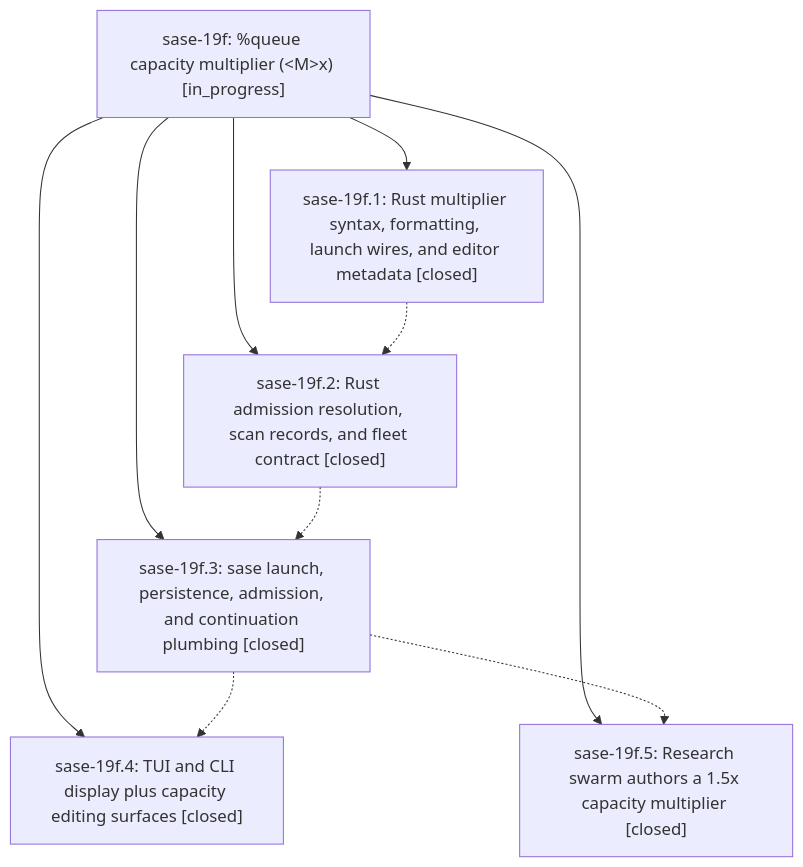
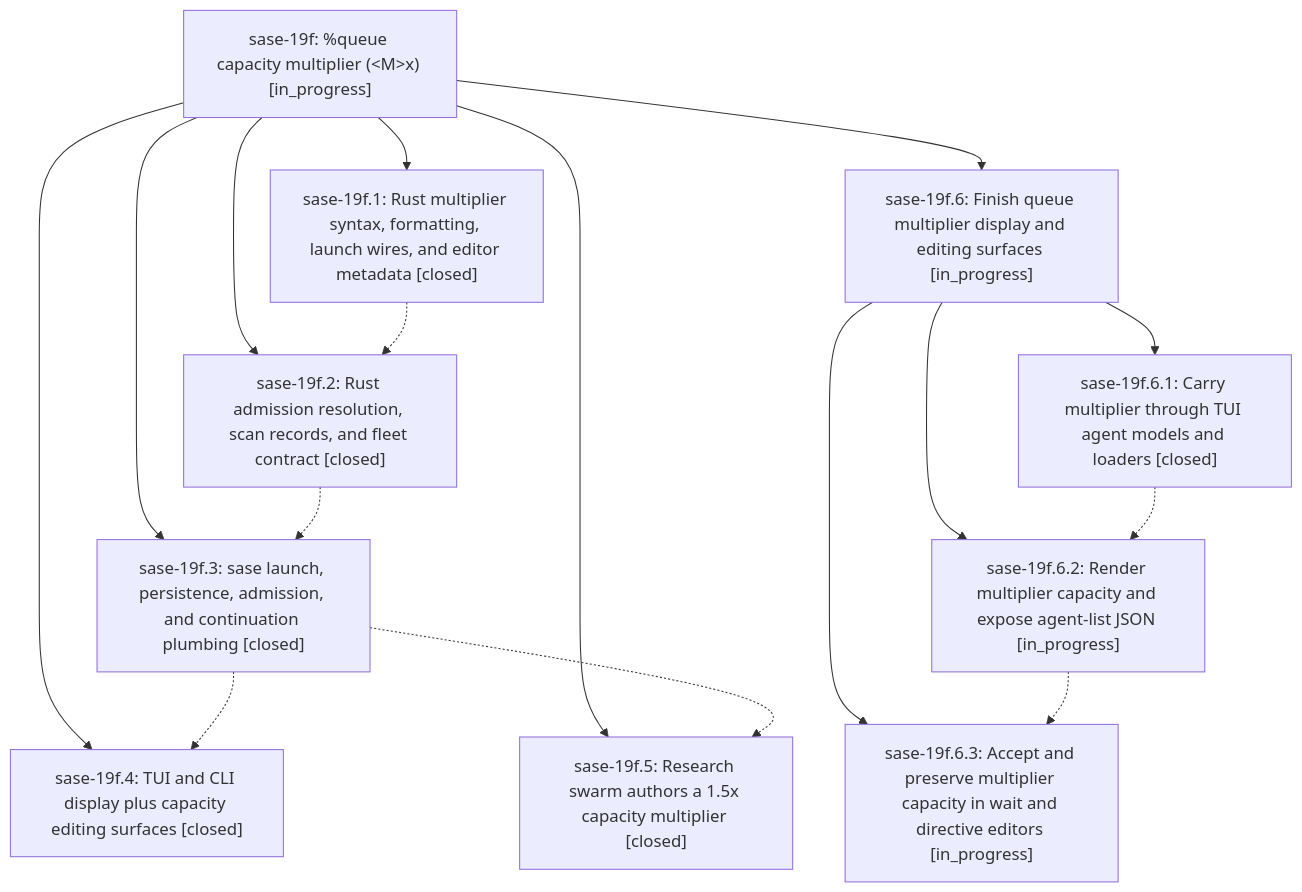
Before and after one commit to sase-org/sase--beads: the diagram in pages/sase-19f/README.md, drawn with Mermaid. The commit also changed other lines of this file and 6 other files, not shown here.

````diff
--- a/pages/sase-19f/README.md
+++ b/pages/sase-19f/README.md
@@ -30,18 +36,28 @@
 ```mermaid
 flowchart TD
     n0["sase-19f: %queue capacity multiplier (&lt;M&gt;x) [in_progress]"]
     n1["sase-19f.1: Rust multiplier syntax, formatting, launch wires, and editor metadata [closed]"]
     n2["sase-19f.2: Rust admission resolution, scan records, and fleet contract [closed]"]
     n3["sase-19f.3: sase launch, persistence, admission, and continuation plumbing [closed]"]
     n4["sase-19f.4: TUI and CLI display plus capacity editing surfaces [closed]"]
     n5["sase-19f.5: Research swarm authors a 1.5x capacity multiplier [closed]"]
+    n6["sase-19f.6: Finish queue multiplier display and editing surfaces [in_progress]"]
+    n7["sase-19f.6.1: Carry multiplier through TUI agent models and loaders [closed]"]
+    n8["sase-19f.6.2: Render multiplier capacity and expose agent-list JSON [in_progress]"]
+    n9["sase-19f.6.3: Accept and preserve multiplier capacity in wait and directive editors [in_progress]"]
     n0 --> n1
     n0 --> n2
     n0 --> n3
     n0 --> n4
     n0 --> n5
+    n0 --> n6
+    n6 --> n7
+    n6 --> n8
+    n6 --> n9
     n1 -.-> n2
     n2 -.-> n3
     n3 -.-> n4
     n3 -.-> n5
+    n7 -.-> n8
+    n8 -.-> n9
 ```
````
